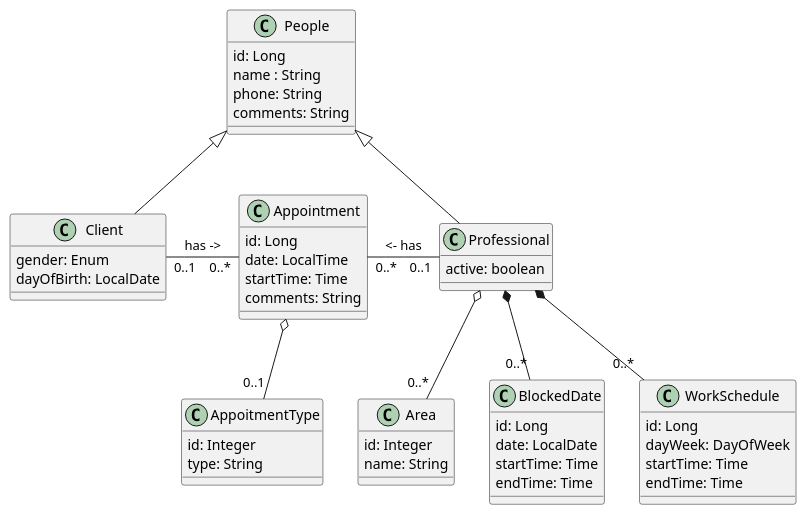
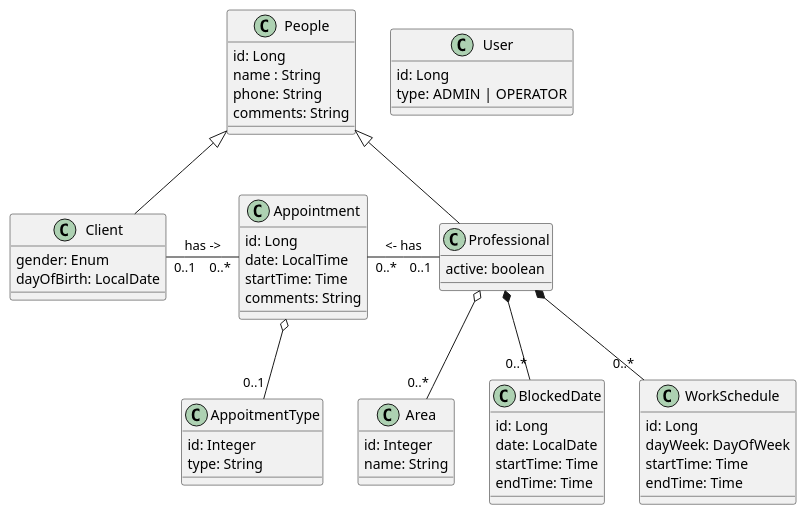
One commit to glaucotodesco/bootcamp-agenda changed the diagram in docs/classes.puml. Above: the diagram before and after it, drawn with PlantUML. The commit also changed 1 other file, not shown here.

```diff
--- a/docs/classes.puml
+++ b/docs/classes.puml
@@ -1,63 +1,68 @@
 @startuml "Modelo conceitual"
 
 class People {
     id: Long
     name : String
     phone: String
     comments: String
 }
 
 class Professional {
     active: boolean    
 }
 
 class Client {
     gender: Enum
     dayOfBirth: LocalDate
 }
 
 
 'private or health insurance
 class AppoitmentType {
     id: Integer
     type: String
 }
 
 class WorkSchedule {
     id: Long
     dayWeek: DayOfWeek
     startTime: Time
     endTime: Time
 }
 
 class Area {
     id: Integer
     name: String
 }
 
 class Appointment {
     id: Long
     date: LocalTime
     startTime: Time
     comments: String
 }
 
 class BlockedDate {
     id: Long
     date: LocalDate
     startTime: Time
     endTime: Time
 }
 
+class User {
+    id: Long
+    type: ADMIN | OPERATOR
+}
+
 People              <|--            Client
 People              <|--            Professional
 Professional        o--     "0..*"  Area
 Professional        *--     "0..*"  WorkSchedule
 Professional        *--     "0..*"  BlockedDate
 Appointment         o--     "0..1"  AppoitmentType
 Appointment "0..*"  -l-     "0..1"  Client            : has ->
 Appointment "0..*"  -r-     "0..1"  Professional      : <- has  
 
 
 
 @enduml
```
